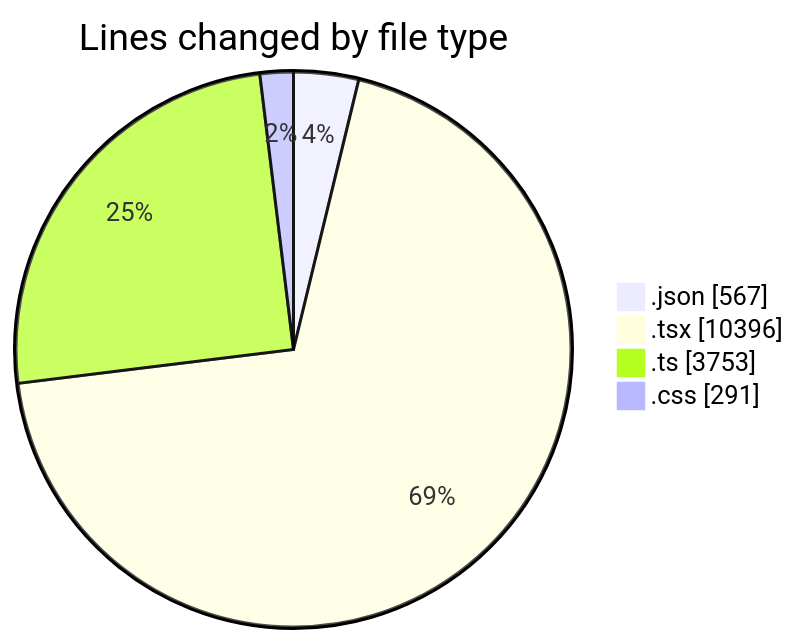
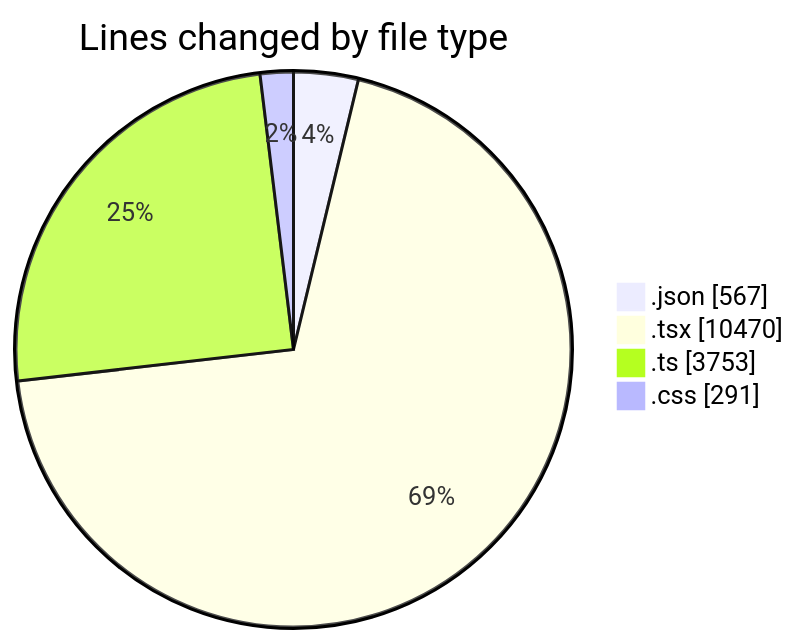
One commit to julien-gomy/code-tracking changed the first of 2 diagrams in 2025-10-07/eventscop-frontend-guide__workspace_/README.md. Above: the diagram before and after it, drawn with Mermaid. The commit also changed other lines of this file and 1 other file, not shown here.

````diff
--- a/2025-10-07/eventscop-frontend-guide__workspace_/README.md
+++ b/2025-10-07/eventscop-frontend-guide__workspace_/README.md
@@ -93,8 +94,8 @@
 ```mermaid
 pie showData
 title Lines changed by file type
 ".json" : 567
-".tsx" : 10396
+".tsx" : 10470
 ".ts" : 3753
 ".css" : 291
 ```
````
